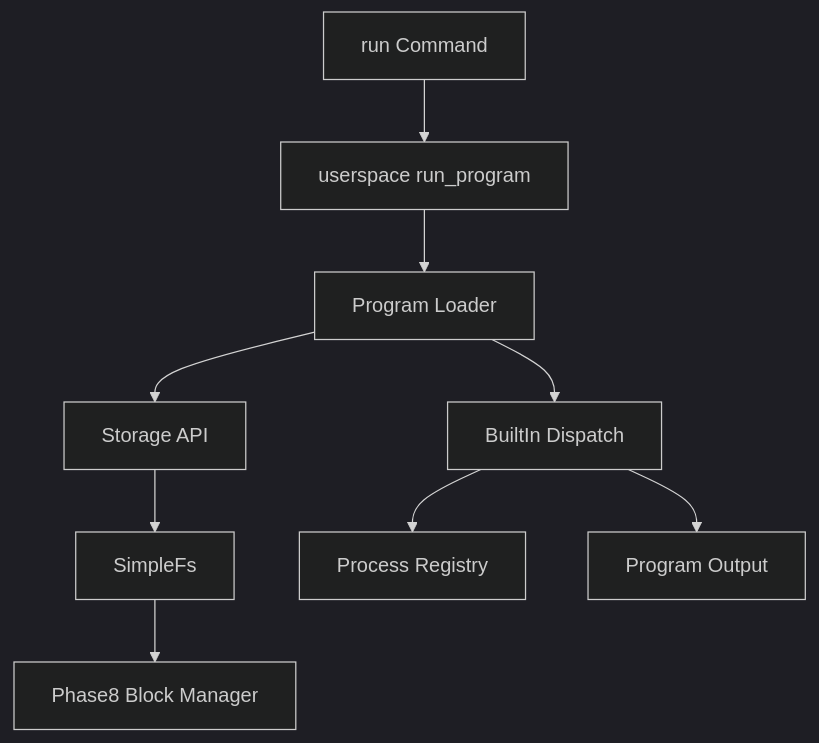
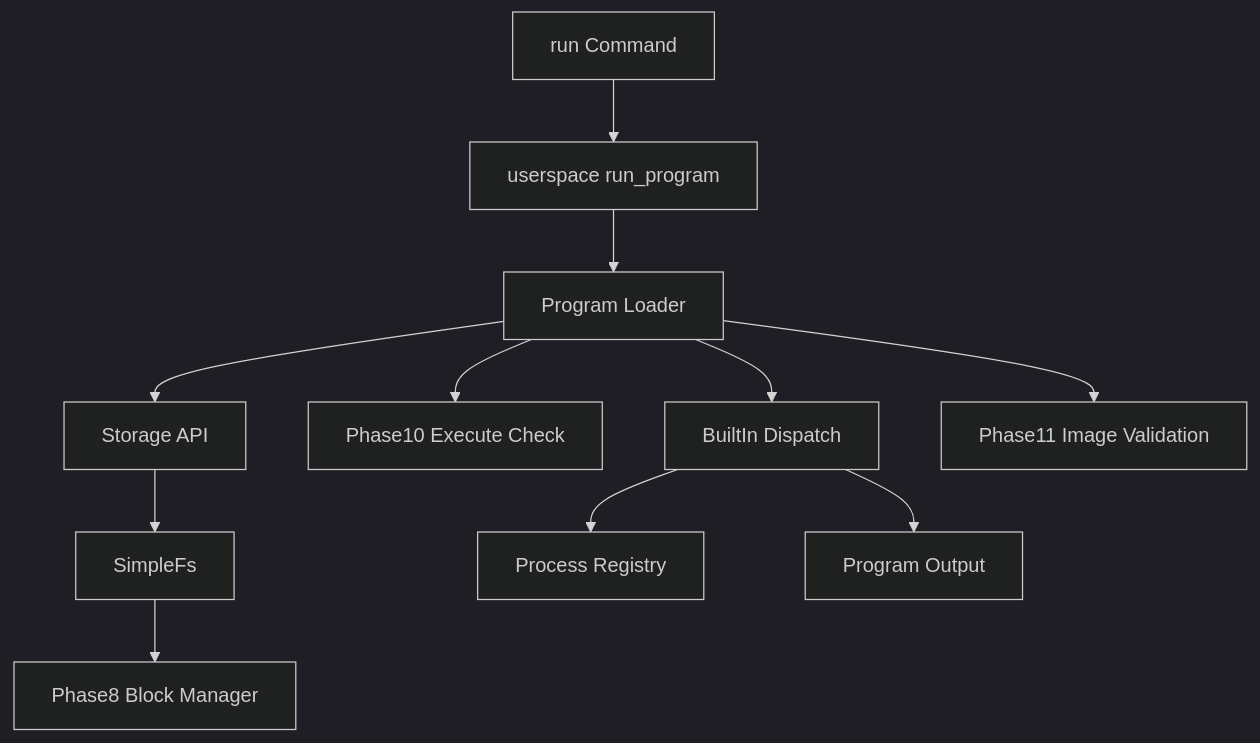
One commit to smartbooty69/AresOS changed the diagram in docs/PROGRAMS.md. Above: the diagram before and after it, drawn with Mermaid (dark theme). The commit also changed other lines of this file and 5 other files, not shown here.

````diff
--- a/docs/PROGRAMS.md
+++ b/docs/PROGRAMS.md
@@ -29,11 +49,13 @@
 ```mermaid
 flowchart TD
 RunCommand[run Command] --> UserspaceRun[userspace run_program]
 UserspaceRun --> ProgramLoader[Program Loader]
 ProgramLoader --> StorageApi[Storage API]
+ProgramLoader --> ExecutePolicy[Phase10 Execute Check]
 StorageApi --> SimpleFs[SimpleFs]
 SimpleFs --> BlockManager[Phase8 Block Manager]
 ProgramLoader --> BuiltinDispatch[BuiltIn Dispatch]
+ProgramLoader --> ImageValidation[Phase11 Image Validation]
 BuiltinDispatch --> ProcessRegistry[Process Registry]
 BuiltinDispatch --> Output[Program Output]
 ```
````
